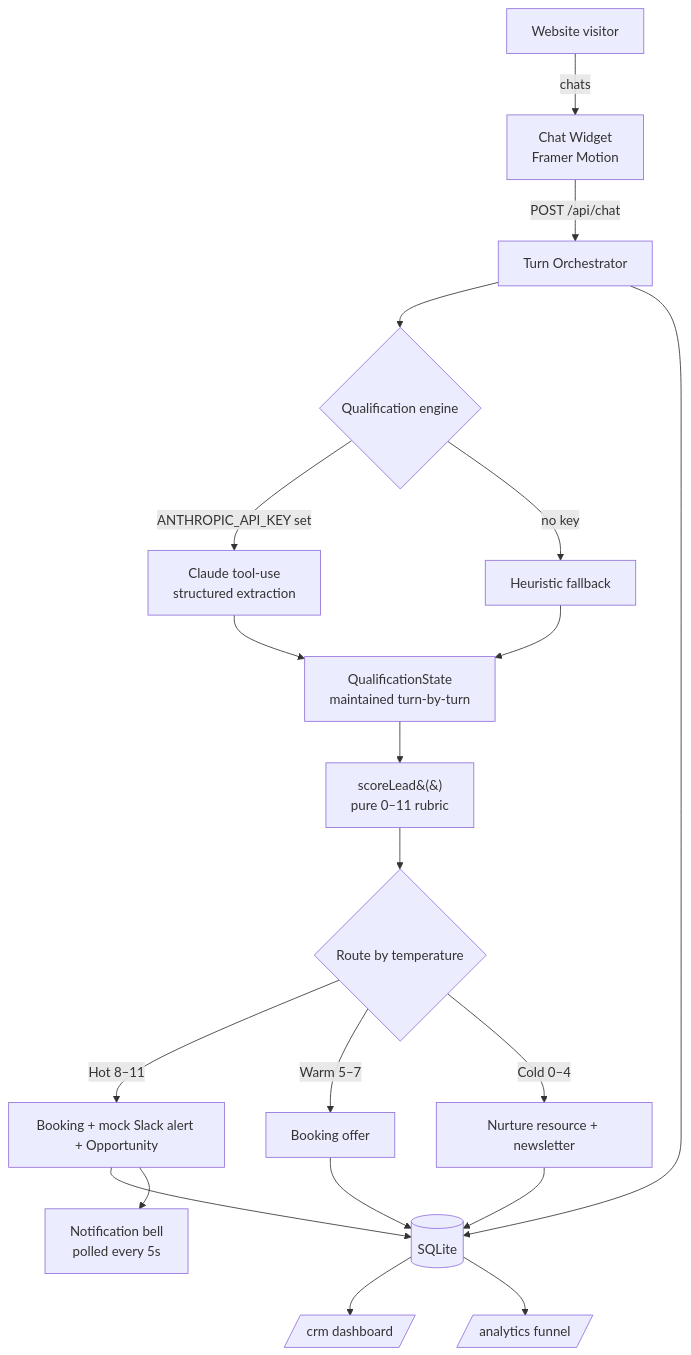
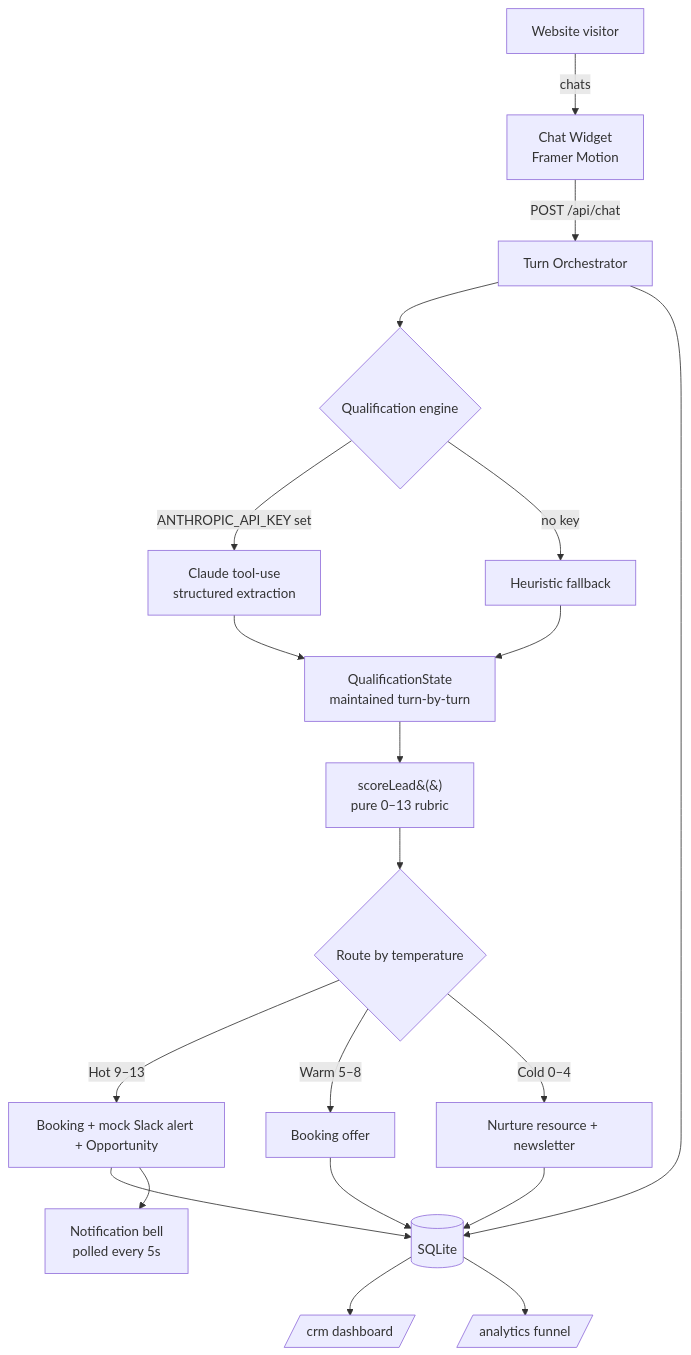
Before and after one commit to maanickavasagam/flowzint: the diagram in README.md, drawn with Mermaid. The commit also changed other lines of this file and 11 other files, not shown here.

````diff
--- a/README.md
+++ b/README.md
@@ -87,26 +87,26 @@
 ```mermaid
 flowchart TD
     V[Website visitor] -->|chats| W[Chat Widget<br/>Framer Motion]
     W -->|POST /api/chat| O[Turn Orchestrator]
 
     O --> Q{Qualification engine}
     Q -->|ANTHROPIC_API_KEY set| C[Claude tool-use<br/>structured extraction]
     Q -->|no key| H[Heuristic fallback]
     C --> S[QualificationState<br/>maintained turn-by-turn]
     H --> S
 
-    S --> SC[scoreLead&#40;&#41;<br/>pure 0–11 rubric]
+    S --> SC[scoreLead&#40;&#41;<br/>pure 0–13 rubric]
     SC --> R{Route by temperature}
-    R -->|Hot 8–11| HOT[Booking + mock Slack alert + Opportunity]
-    R -->|Warm 5–7| WARM[Booking offer]
+    R -->|Hot 9–13| HOT[Booking + mock Slack alert + Opportunity]
+    R -->|Warm 5–8| WARM[Booking offer]
     R -->|Cold 0–4| COLD[Nurture resource + newsletter]
 
     O --> DB[(SQLite)]
     HOT --> DB
     WARM --> DB
     COLD --> DB
 
     DB --> CRM[/crm dashboard/]
     DB --> AN[/analytics funnel/]
     HOT --> BELL[Notification bell<br/>polled every 5s]
 ```
````
